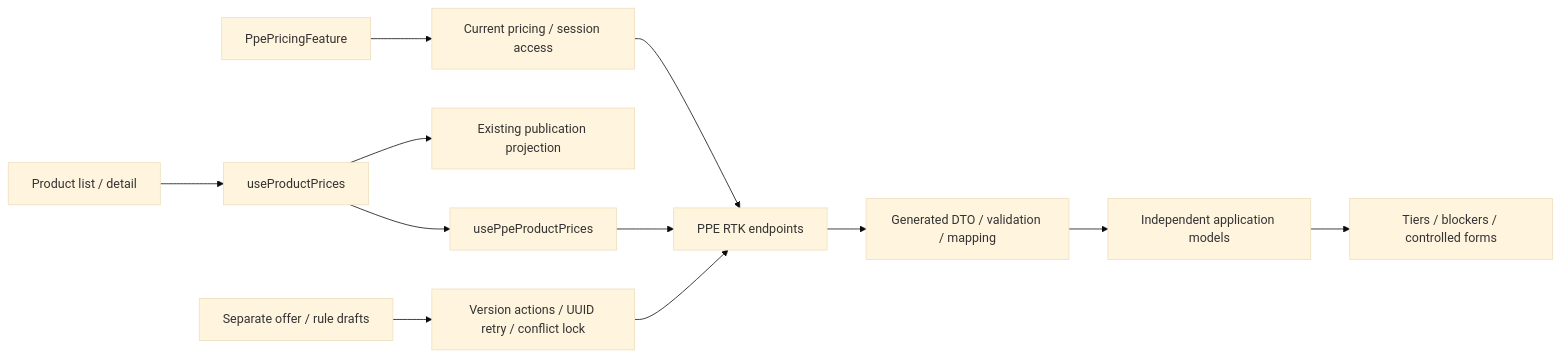
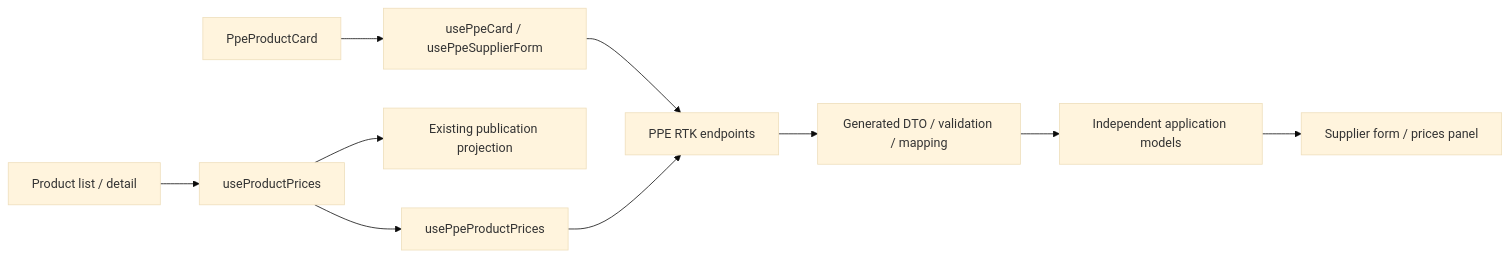
The diagram in docs/features/admin/products/ppe-pricing.md (Weretik/brevi-web), drawn with Mermaid (base theme) before and after one commit. The commit also changed other lines of this file and 68 other files, not shown here.

First line of the commit message:
Add PPE product card and side panel for counterparties

````diff
--- a/docs/features/admin/products/ppe-pricing.md
+++ b/docs/features/admin/products/ppe-pricing.md
@@ -9,14 +9,12 @@
 ```mermaid
 flowchart LR
   Products[Product list / detail] --> Selection[useProductPrices]
   Selection --> PPE[usePpeProductPrices]
   Selection --> Sewing[Existing publication projection]
-  Card[PpePricingFeature] --> Read[Current pricing / session access]
-  Read --> API[PPE RTK endpoints]
+  Card[PpeProductCard] --> CardData[usePpeCard / usePpeSupplierForm]
+  CardData --> API[PPE RTK endpoints]
   PPE --> API
-  Editors[Separate offer / rule drafts] --> Actions[Version actions / UUID retry / conflict lock]
-  Actions --> API
   API --> Boundary[Generated DTO / validation / mapping]
   Boundary --> Models[Independent application models]
-  Models --> UI[Tiers / blockers / controlled forms]
+  Models --> UI[Supplier form / prices panel]
 ```
````
